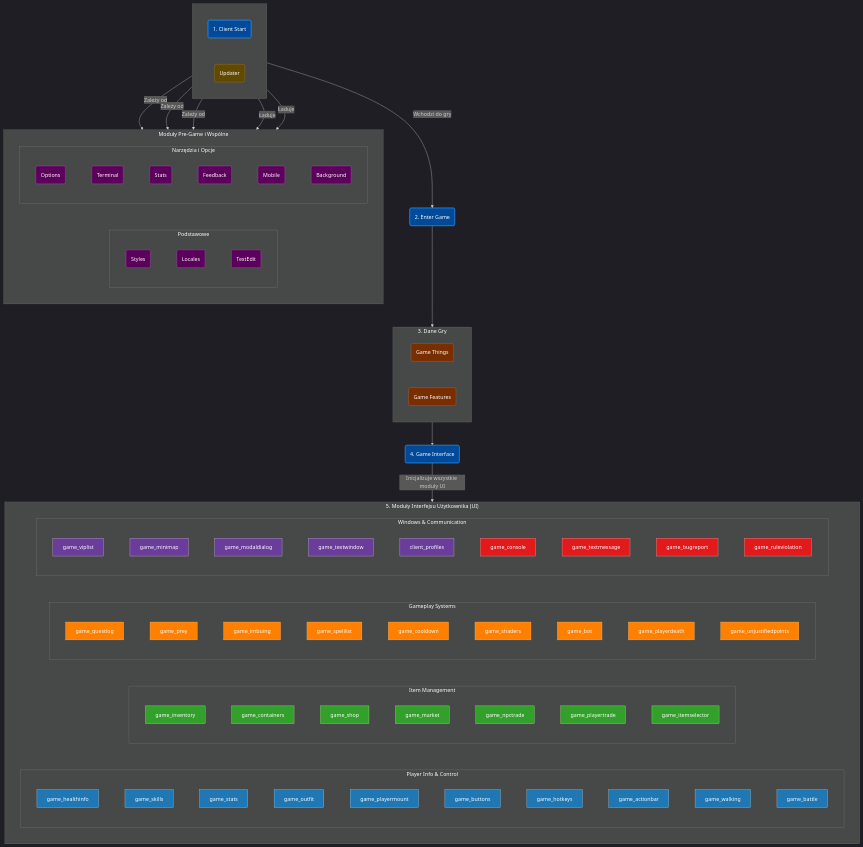
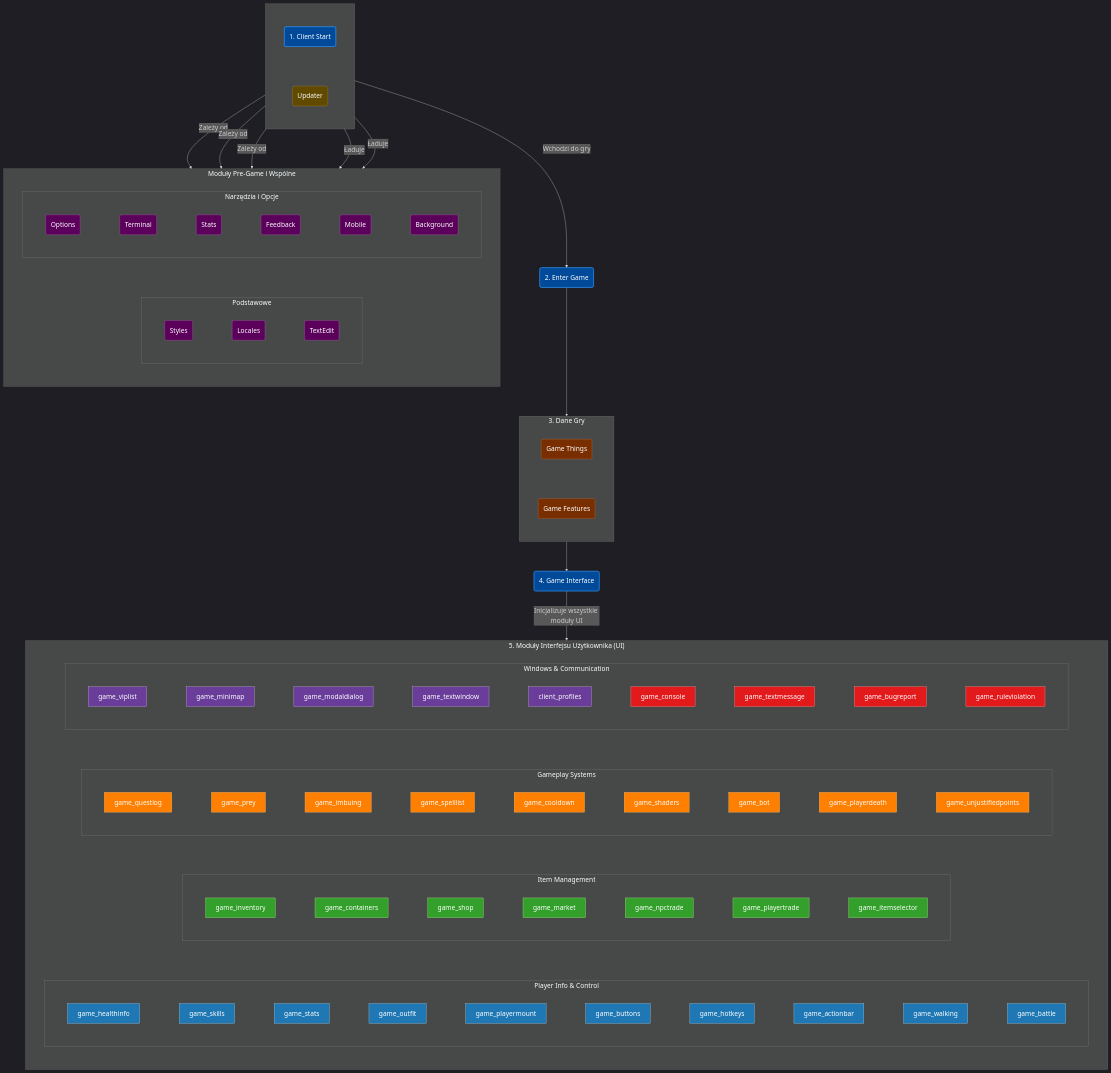
The diagram in docs/copilot/diagrams/modules_repo_dag.mmd (lukaszj321/otcv8-dev), drawn with Mermaid before and after one commit.

```diff
--- a/docs/copilot/diagrams/modules_repo_dag.mmd
+++ b/docs/copilot/diagrams/modules_repo_dag.mmd
@@ -1,123 +1,123 @@
 %%{init: {
     "theme":"dark", 
     "flowchart": {
         "curve": "basis",
-        "nodeSpacing": 80,
-        "rankSpacing": 70
+        "nodeSpacing": 120,
+        "rankSpacing": 90
     },
     "themeVariables": {
-        "fontSize": "16px"
+        "fontSize": "20px"
     }
 }}%%
 graph TD
 
 %% ===================================================================
 %% DEFINICJE STYLÓW (KLAS)
 %% ===================================================================
 classDef core fill:#004a99,color:#fff,stroke:#3399ff,stroke-width:2px;
 classDef pregame fill:#5b005b,color:#fff,stroke:#ad66ad;
 classDef gamedata fill:#792e00,color:#fff,stroke:#c26d39;
 classDef utils fill:#614a00,color:#fff,stroke:#a68333;
 classDef ui_player fill:#1f78b4,color:#fff,stroke:#a6cee3;
 classDef ui_items fill:#33a02c,color:#fff,stroke:#b2df8a;
 classDef ui_comms fill:#e31a1c,color:#fff,stroke:#fb9a99;
 classDef ui_systems fill:#ff7f00,color:#fff,stroke:#fdbf6f;
 classDef ui_windows fill:#6a3d9a,color:#fff,stroke:#cab2d6;
 
 %% ===================================================================
 %% GŁÓWNY PRZEPŁYW APLIKACJI
 %% ===================================================================
 subgraph " "
     direction LR
     client("1. Client Start")
     updater("Updater")
 end
 
 client -- "Ładuje" --> PreGameModules
 client -- "Wchodzi do gry" --> client_entergame("2. Enter Game")
 
 %% ===================================================================
 %% MODUŁY PRE-GAME
 %% ===================================================================
 subgraph PreGameModules["Moduły Pre-Game i Wspólne"]
     direction LR
     subgraph "Podstawowe"
         direction TB
         client_styles("Styles")
         client_locales("Locales")
         client_textedit("TextEdit")
     end
     subgraph "Narzędzia i Opcje"
         direction TB
         client_options("Options")
         client_terminal("Terminal")
         client_stats("Stats")
         client_feedback("Feedback")
         client_mobile("Mobile")
         client_background("Background")
     end
 end
 
 %% ===================================================================
 %% LOGIKA I DANE GRY
 %% ===================================================================
 client_entergame --> GameDataModules
 subgraph GameDataModules["3. Dane Gry"]
     direction LR
     game_things("Game Things")
     game_features("Game Features")
 end
 
 GameDataModules --> game_interface("4. Game Interface")
 
 %% ===================================================================
 %% MODUŁY INTERFEJSU UŻYTKOWNIKA (UI)
 %% ===================================================================
 game_interface -- "Inicjalizuje wszystkie moduły UI" --> GameUIModules
 
 subgraph GameUIModules["5. Moduły Interfejsu Użytkownika (UI)"]
     direction LR
     
     subgraph "Player Info & Control"
         direction TB
         game_healthinfo; game_skills; game_stats_ui[game_stats]; game_outfit; game_playermount
         game_buttons; game_hotkeys; game_actionbar; game_walking; game_battle
     end
     
     subgraph "Item Management"
         direction TB
         game_inventory; game_containers; game_shop; game_market
         game_npctrade; game_playertrade; game_itemselector
     end
 
     subgraph "Gameplay Systems"
         direction TB
         game_questlog; game_prey; game_imbuing; game_spelllist; game_cooldown
         game_shaders; game_bot; game_playerdeath; game_unjustifiedpoints
     end
 
     subgraph "Windows & Communication"
         direction TB
         game_viplist; game_minimap; game_modaldialog; game_textwindow; client_profiles
         game_console; game_textmessage; game_bugreport; game_ruleviolation
     end
 end
 
 %% ===================================================================
 %% ZALEŻNOŚCI NARZĘDZI ZEWNĘTRZNYCH
 %% ===================================================================
 updater -- "Zależy od" --> client_locales & client_styles & client_textedit
 updater -- "Ładuje" --> client_background
 
 %% ===================================================================
 %% PRZYPISANIE STYLÓW DO WĘZŁÓW
 %% ===================================================================
 class client,client_entergame,game_interface core;
 class client_styles,client_locales,client_textedit,client_background,client_options,client_terminal,client_stats,client_feedback,client_mobile pregame;
 class game_things,game_features gamedata;
 class updater utils;
 class game_healthinfo,game_skills,game_stats_ui,game_outfit,game_playermount,game_buttons,game_hotkeys,game_actionbar,game_walking,game_battle ui_player;
 class game_inventory,game_containers,game_shop,game_market,game_npctrade,game_playertrade,game_itemselector ui_items;
 class game_questlog,game_prey,game_imbuing,game_spelllist,game_cooldown,game_shaders,game_bot,game_playerdeath,game_unjustifiedpoints ui_systems;
 class game_viplist,game_minimap,game_modaldialog,game_textwindow,client_profiles ui_windows;
 class game_console,game_textmessage,game_bugreport,game_ruleviolation ui_comms;
```
